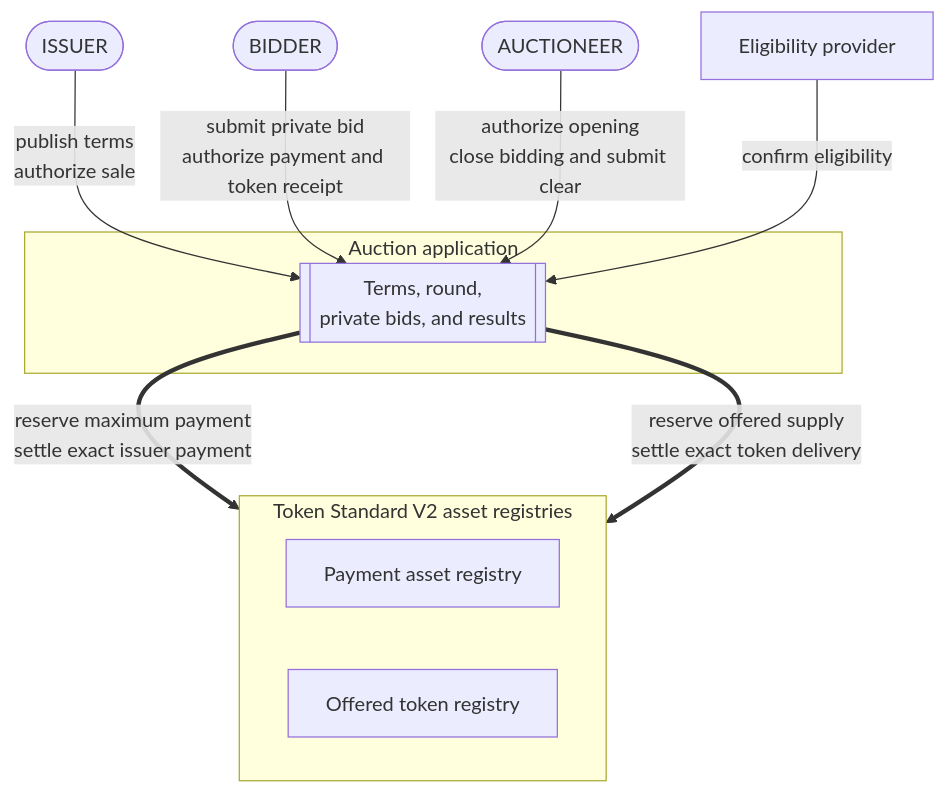
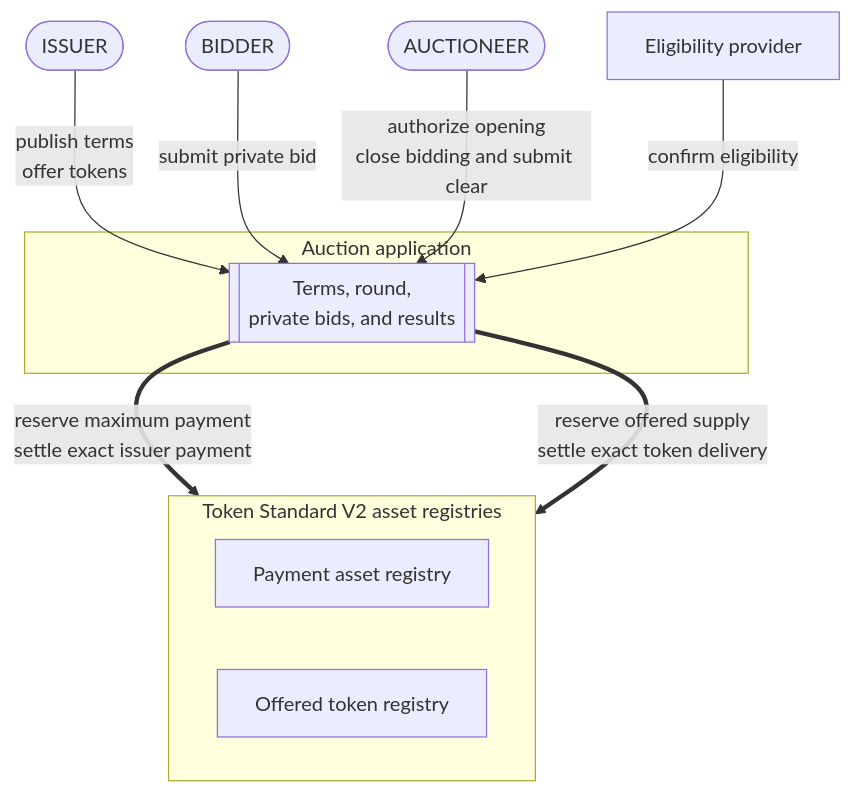
The first of 3 diagrams in docs/reference-architectures/confidential-auction.md (OpenZeppelin/canton-specs), drawn with Mermaid before and after one commit. The commit also changed other lines of this file, not shown here.

````diff
--- a/docs/reference-architectures/confidential-auction.md
+++ b/docs/reference-architectures/confidential-auction.md
@@ -125,24 +130,24 @@
 ```mermaid
 flowchart TB
     Issuer([ISSUER])
     Bidder([BIDDER])
     Auctioneer([AUCTIONEER])
     Eligibility["Eligibility provider"]
 
     subgraph App["Auction application"]
         Auction[["Terms, round,<br/>private bids, and results"]]
     end
 
     subgraph Assets["Token Standard V2 asset registries"]
         direction LR
         Payment["Payment asset registry"]
         Token["Offered token registry"]
     end
 
-    Issuer -->|"publish terms<br/>authorize sale"| Auction
-    Bidder -->|"submit private bid<br/>authorize payment and token receipt"| Auction
+    Issuer -->|"publish terms<br/>offer tokens"| Auction
+    Bidder -->|"submit private bid"| Auction
     Auctioneer -->|"authorize opening<br/>close bidding and submit clear"| Auction
     Eligibility -->|"confirm eligibility"| Auction
     Auction ==>|"reserve maximum payment<br/>settle exact issuer payment"| Payment
     Auction ==>|"reserve offered supply<br/>settle exact token delivery"| Token
 ```
````
